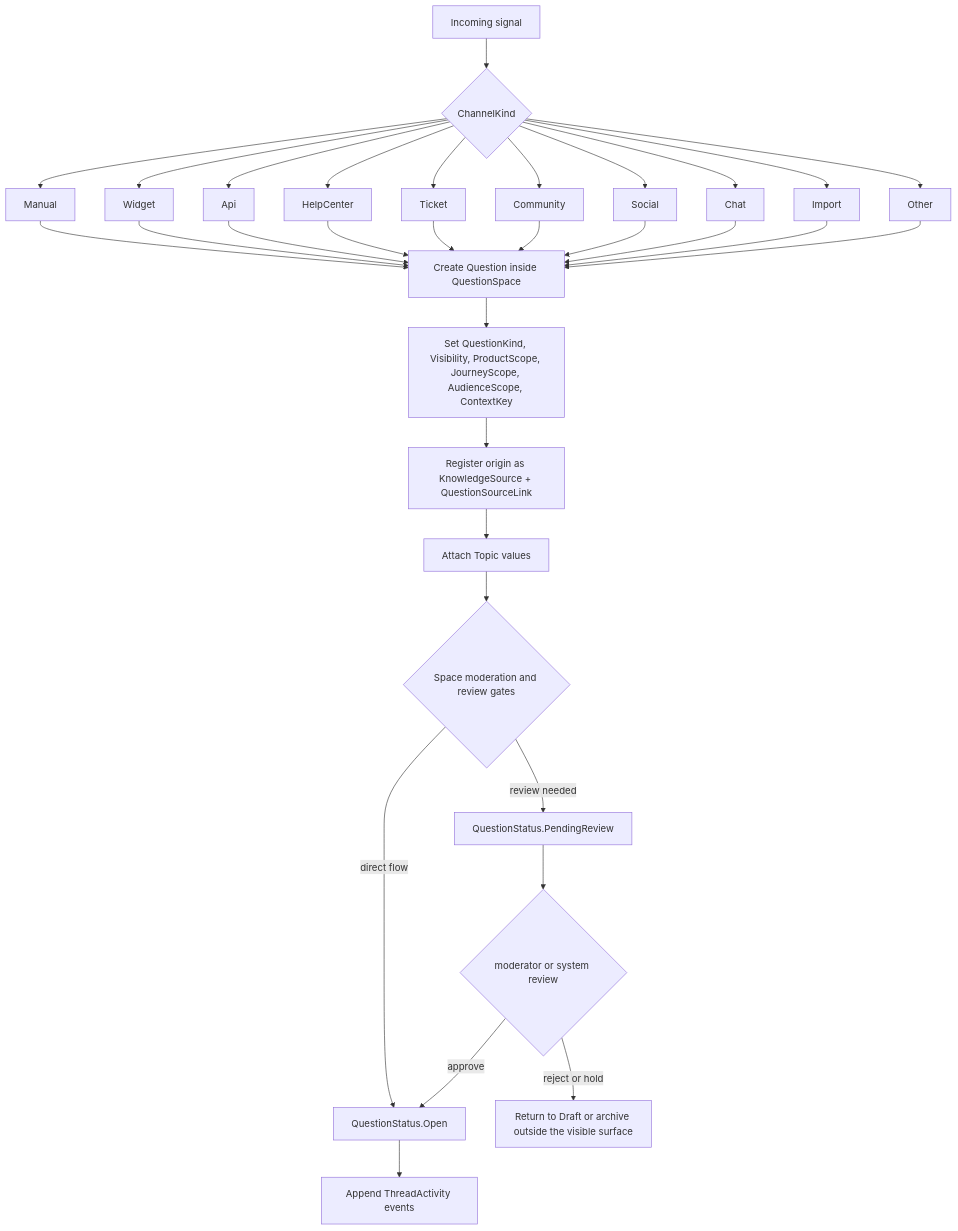
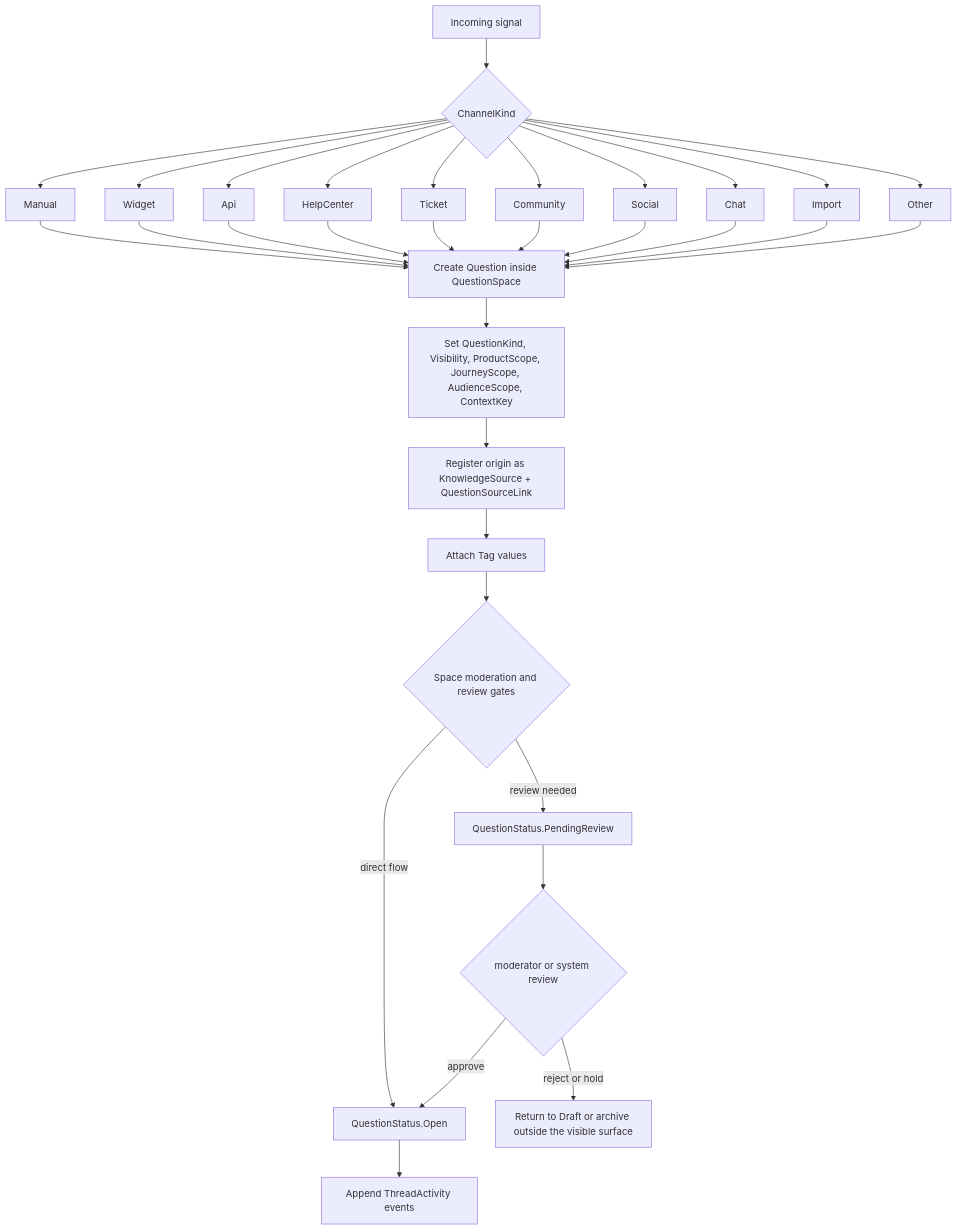
One commit to marcosrioj/querify changed the diagram in dotnet/BaseFaq.Sample.Features.NewQaModel/Flows/02-question-intake-and-routing.md. Above: the diagram before and after it, drawn with Mermaid. The commit also changed other lines of this file and 145 other files, not shown here.

Commit message:
Rename QnA topics to tags

````diff
--- a/dotnet/BaseFaq.Sample.Features.NewQaModel/Flows/02-question-intake-and-routing.md
+++ b/dotnet/BaseFaq.Sample.Features.NewQaModel/Flows/02-question-intake-and-routing.md
@@ -7,34 +7,34 @@
 ```mermaid
 flowchart TD
     Signal[Incoming signal] --> Channel{ChannelKind}
     Channel --> Manual[Manual]
     Channel --> Widget[Widget]
     Channel --> Api[Api]
     Channel --> HelpCenter[HelpCenter]
     Channel --> Ticket[Ticket]
     Channel --> Community[Community]
     Channel --> Social[Social]
     Channel --> Chat[Chat]
     Channel --> Import[Import]
     Channel --> Other[Other]
     Manual --> Create
     Widget --> Create
     Api --> Create
     HelpCenter --> Create
     Ticket --> Create
     Community --> Create
     Social --> Create
     Chat --> Create
     Import --> Create
     Other --> Create
     Create[Create Question inside QuestionSpace] --> Classify[Set QuestionKind, Visibility, ProductScope, JourneyScope, AudienceScope, ContextKey]
     Classify --> Capture[Register origin as KnowledgeSource + QuestionSourceLink]
-    Capture --> Topics[Attach Topic values]
-    Topics --> Policy{Space moderation and review gates}
+    Capture --> Tags[Attach Tag values]
+    Tags --> Policy{Space moderation and review gates}
     Policy -->|direct flow| OpenThread[QuestionStatus.Open]
     Policy -->|review needed| Pending[QuestionStatus.PendingReview]
     Pending --> Review{moderator or system review}
     Review -->|approve| OpenThread
     Review -->|reject or hold| Hidden[Return to Draft or archive outside the visible surface]
     OpenThread --> Activity[Append ThreadActivity events]
 ```
````
